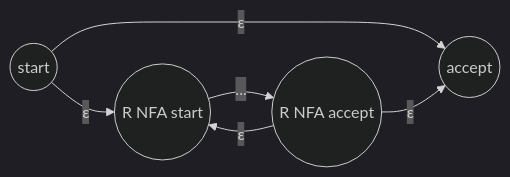
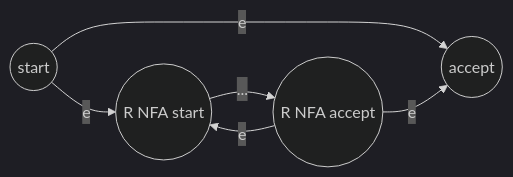
One commit to Raushan666java/ai-engineering-journey changed the fourth of 4 diagrams in docs/courses/compiler-design/02-lexical.md. Above: the diagram before and after it, drawn with Mermaid (dark theme). The commit also changed other lines of this file and 790 other files, not shown here.

Commit message:
Sync all course diagram renders and content updates

````diff
--- a/docs/courses/compiler-design/02-lexical.md
+++ b/docs/courses/compiler-design/02-lexical.md
@@ -126,8 +126,8 @@
 ```mermaid
 graph LR
-    s((start)) --ε--> r((R NFA start))
-    s --ε--> a((accept))
+    s((start)) --e--> r((R NFA start))
+    s --e--> a((accept))
     r --...--> ra((R NFA accept))
-    ra --ε--> r
-    ra --ε--> a
+    ra --e--> r
+    ra --e--> a
 ```
````
